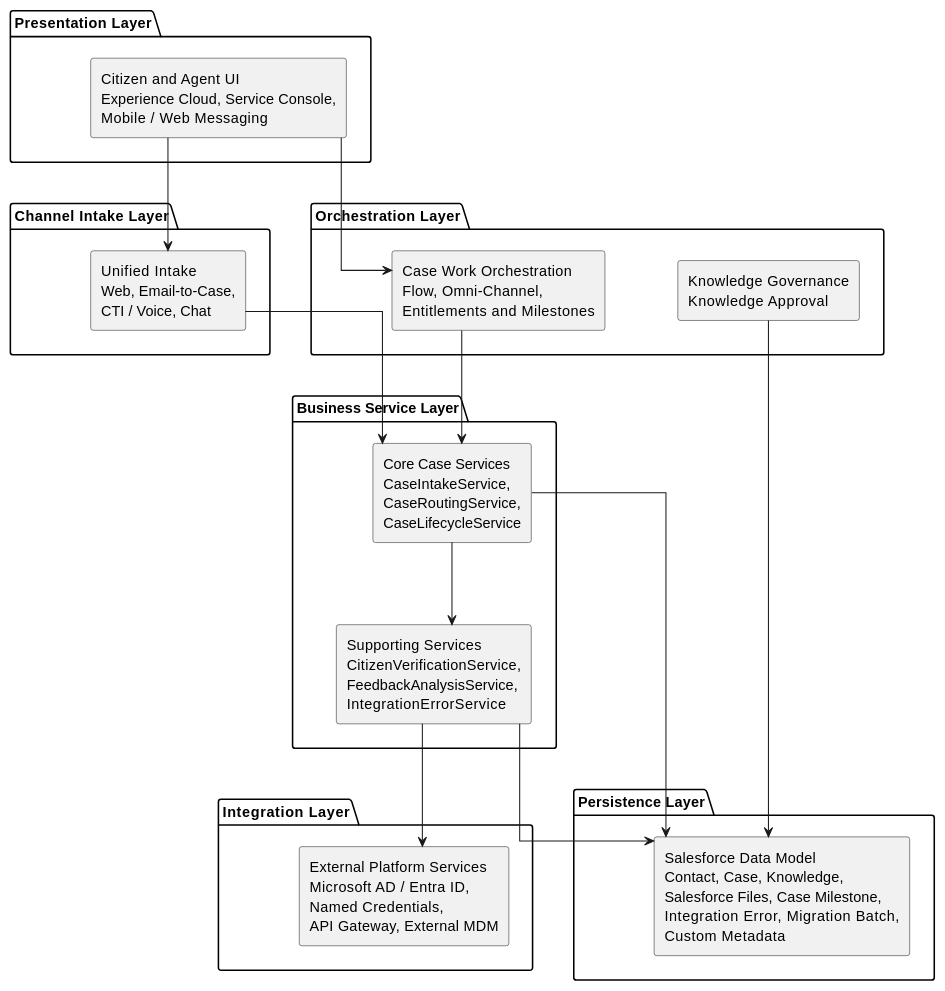
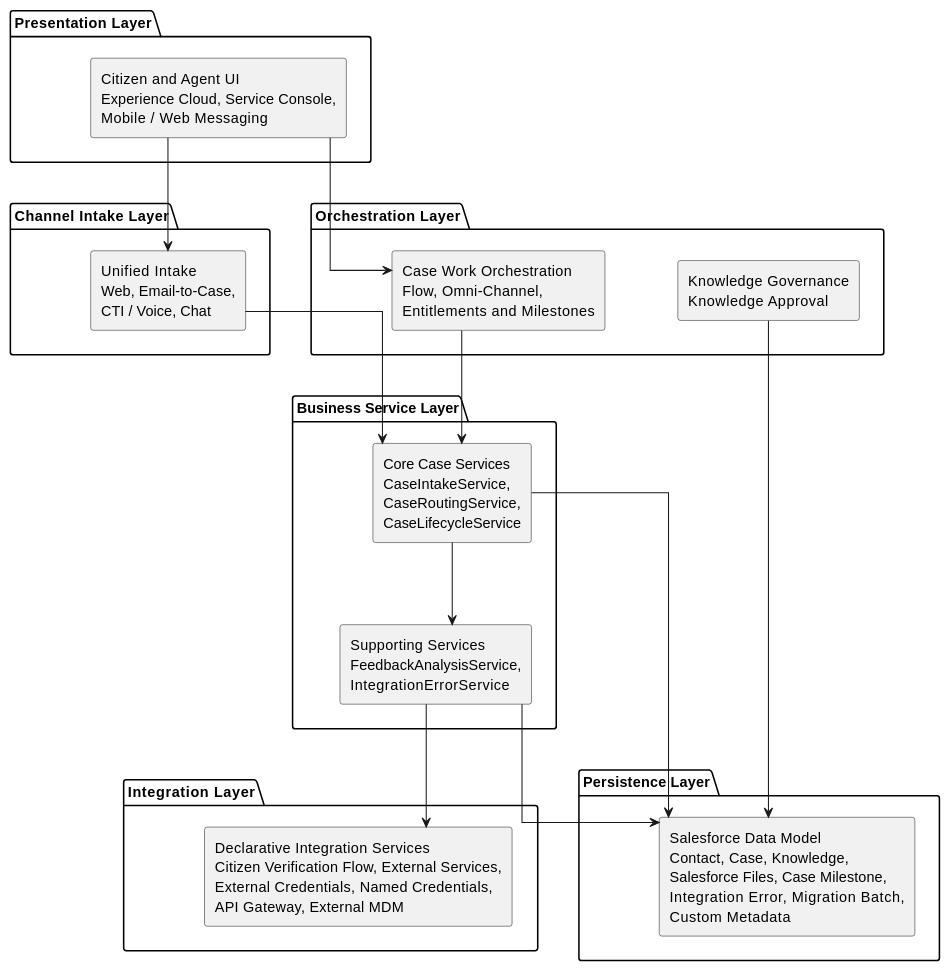
Before and after one commit to jimmytobing/virtusa: the third of 26 diagrams in doc/SADD Task 2.md, drawn with PlantUML. The commit also changed other lines of this file and 7 other files, not shown here.

````diff
--- a/doc/SADD Task 2.md
+++ b/doc/SADD Task 2.md
@@ -272,52 +277,52 @@
 ```plantuml
 @startuml
 skinparam componentStyle rectangle
 skinparam linetype ortho
 skinparam nodesep 70
 skinparam ranksep 80
 
 package "Presentation Layer" as PresentationLayer {
   [Citizen and Agent UI\nExperience Cloud, Service Console,\nMobile / Web Messaging] as Presentation
 }
 
 package "Channel Intake Layer" as ChannelIntakeLayer {
   [Unified Intake\nWeb, Email-to-Case,\nCTI / Voice, Chat] as UnifiedIntake
 }
 
 package "Orchestration Layer" as OrchestrationLayer {
   [Case Work Orchestration\nFlow, Omni-Channel,\nEntitlements and Milestones] as CaseWorkOrchestration
   [Knowledge Governance\nKnowledge Approval] as KnowledgeGovernance
 }
 
 package "Business Service Layer" as BusinessServiceLayer {
   [Core Case Services\nCaseIntakeService,\nCaseRoutingService,\nCaseLifecycleService] as CoreCaseServices
-  [Supporting Services\nCitizenVerificationService,\nFeedbackAnalysisService,\nIntegrationErrorService] as SupportingServices
+  [Supporting Services\nFeedbackAnalysisService,\nIntegrationErrorService] as SupportingServices
 }
 
 package "Integration Layer" as IntegrationLayer {
-  [External Platform Services\nMicrosoft AD / Entra ID,\nNamed Credentials,\nAPI Gateway, External MDM] as ExternalPlatformServices
+  [Declarative Integration Services\nCitizen Verification Flow, External Services,\nExternal Credentials, Named Credentials,\nAPI Gateway, External MDM] as ExternalPlatformServices
 }
 
 package "Persistence Layer" as PersistenceLayer {
   [Salesforce Data Model\nContact, Case, Knowledge,\nSalesforce Files, Case Milestone,\nIntegration Error, Migration Batch,\nCustom Metadata] as SalesforceDataModel
 }
 
 PresentationLayer -[hidden]right-> ChannelIntakeLayer
 ChannelIntakeLayer -[hidden]right-> OrchestrationLayer
 OrchestrationLayer -[hidden]right-> BusinessServiceLayer
 BusinessServiceLayer -[hidden]right-> IntegrationLayer
 IntegrationLayer -[hidden]right-> PersistenceLayer
 
 Presentation --> UnifiedIntake
 Presentation --> CaseWorkOrchestration
 UnifiedIntake --> CoreCaseServices
 CaseWorkOrchestration --> CoreCaseServices
 KnowledgeGovernance --> SalesforceDataModel
 
 CoreCaseServices --> SupportingServices
 CoreCaseServices --> SalesforceDataModel
 SupportingServices --> ExternalPlatformServices
 SupportingServices --> SalesforceDataModel
 
 @enduml
 ```
````
